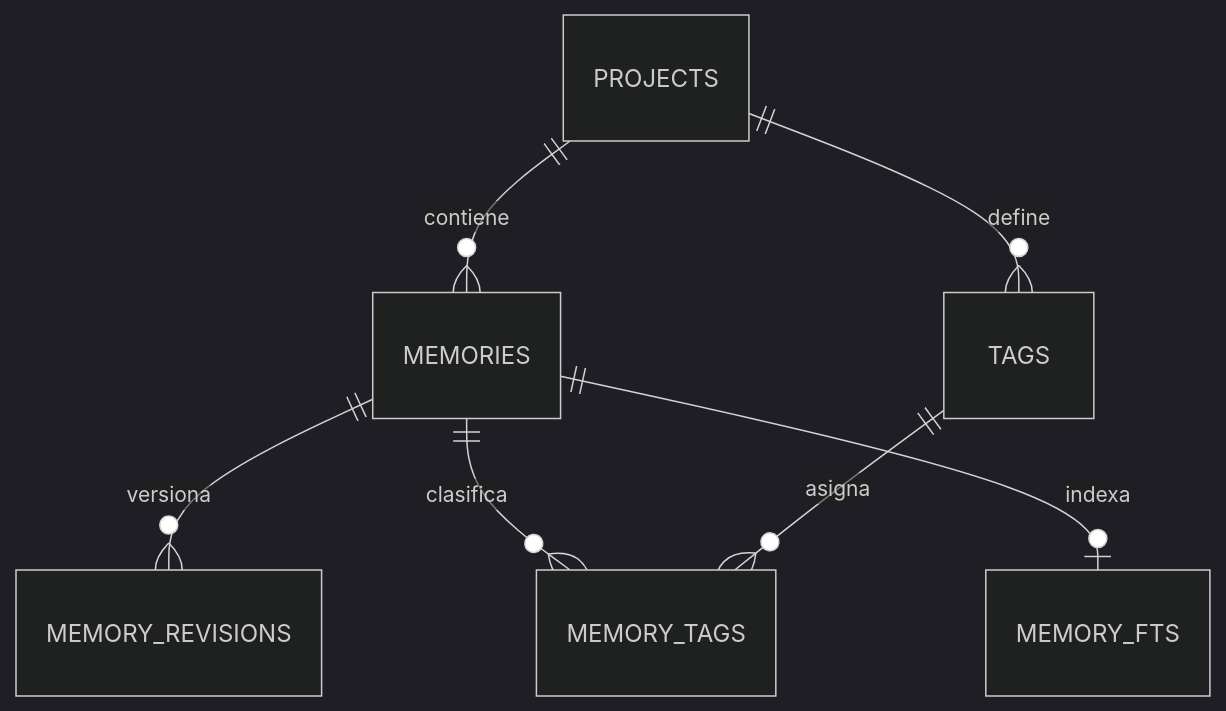
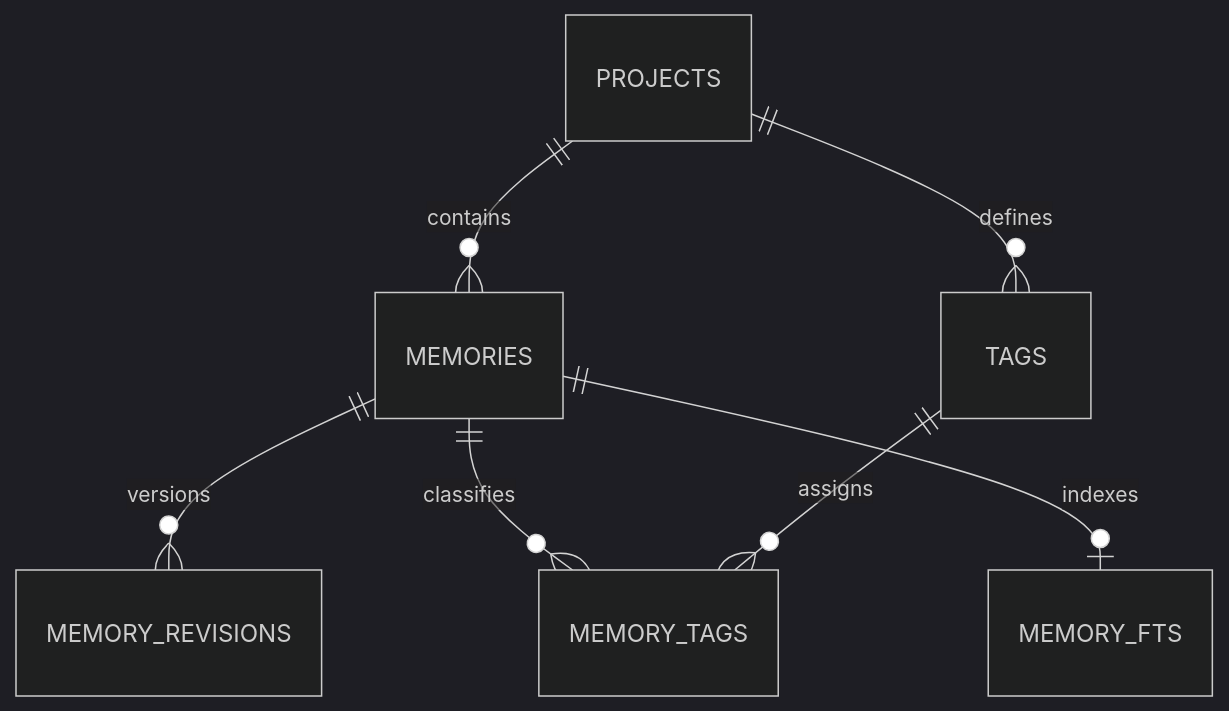
Before and after one commit to jorgeluis594/happy-memory: the diagram in docs/superpowers/specs/2026-08-05-memory-cli-product-design.md, drawn with Mermaid (dark theme). The commit also changed other lines of this file, not shown here.

````diff
--- a/docs/superpowers/specs/2026-08-05-memory-cli-product-design.md
+++ b/docs/superpowers/specs/2026-08-05-memory-cli-product-design.md
@@ -167,9 +167,9 @@
 ```mermaid
 erDiagram
-    PROJECTS ||--o{ MEMORIES : contiene
-    MEMORIES ||--o{ MEMORY_REVISIONS : versiona
-    PROJECTS ||--o{ TAGS : define
-    MEMORIES ||--o{ MEMORY_TAGS : clasifica
-    TAGS ||--o{ MEMORY_TAGS : asigna
-    MEMORIES ||--o| MEMORY_FTS : indexa
+    PROJECTS ||--o{ MEMORIES : contains
+    MEMORIES ||--o{ MEMORY_REVISIONS : versions
+    PROJECTS ||--o{ TAGS : defines
+    MEMORIES ||--o{ MEMORY_TAGS : classifies
+    TAGS ||--o{ MEMORY_TAGS : assigns
+    MEMORIES ||--o| MEMORY_FTS : indexes
 ```
````
